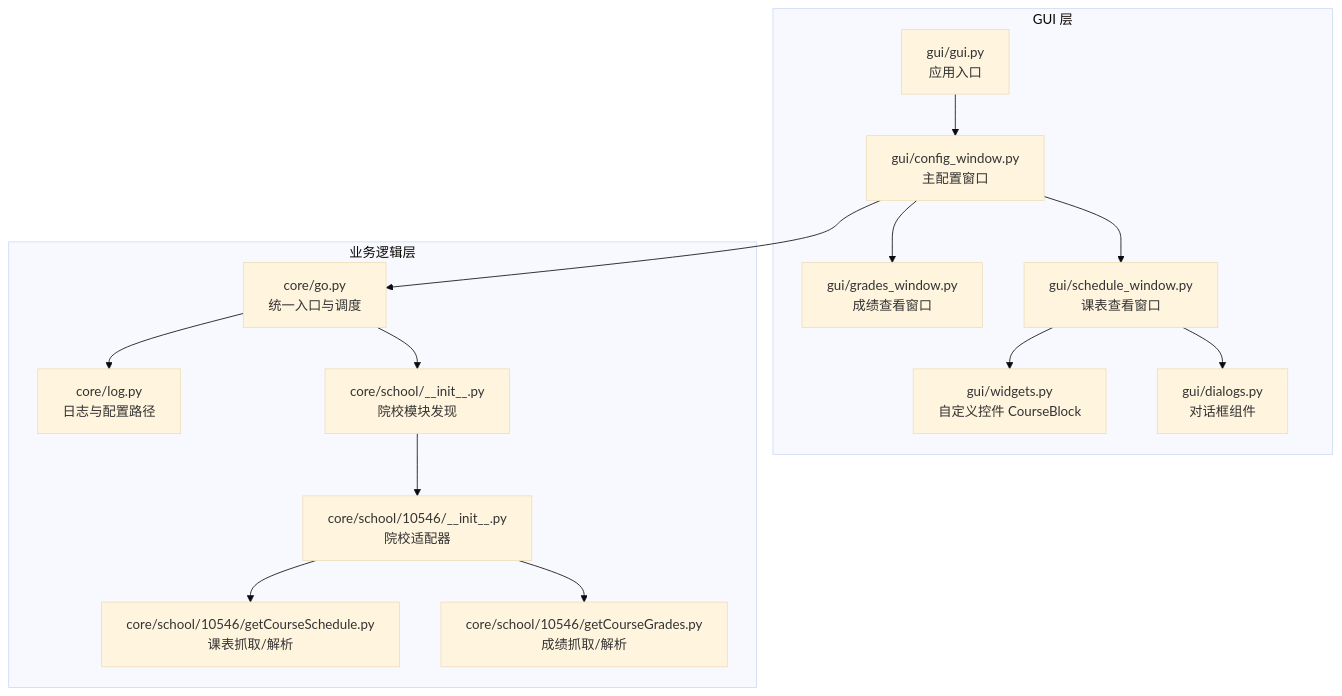
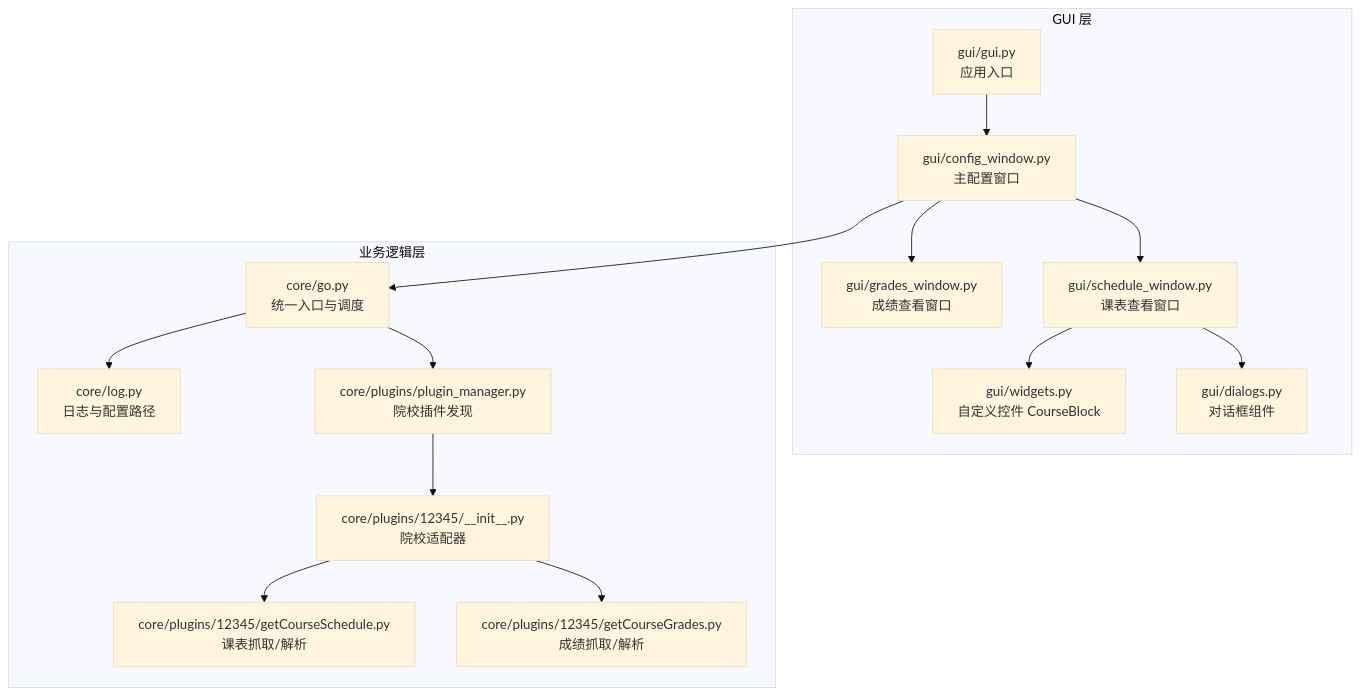
Before and after one commit to pjnt9372/Capture_Push: the first of 6 diagrams in .wiki/zh/content/图形用户界面/自定义控件与组件.md, drawn with Mermaid (base theme). The commit also changed other lines of this file and 37 other files, not shown here.

````diff
--- a/.wiki/zh/content/图形用户界面/自定义控件与组件.md
+++ b/.wiki/zh/content/图形用户界面/自定义控件与组件.md
@@ -42,30 +42,30 @@
 ```mermaid
 graph TB
 subgraph "GUI 层"
 A["gui/gui.py<br/>应用入口"]
 B["gui/config_window.py<br/>主配置窗口"]
 C["gui/grades_window.py<br/>成绩查看窗口"]
 D["gui/schedule_window.py<br/>课表查看窗口"]
 E["gui/widgets.py<br/>自定义控件 CourseBlock"]
 F["gui/dialogs.py<br/>对话框组件"]
 end
 subgraph "业务逻辑层"
 G["core/go.py<br/>统一入口与调度"]
 H["core/log.py<br/>日志与配置路径"]
-I["core/school/__init__.py<br/>院校模块发现"]
-J["core/school/10546/__init__.py<br/>院校适配器"]
-K["core/school/10546/getCourseSchedule.py<br/>课表抓取/解析"]
-L["core/school/10546/getCourseGrades.py<br/>成绩抓取/解析"]
+I["core/plugins/plugin_manager.py<br/>院校插件发现"]
+J["core/plugins/12345/__init__.py<br/>院校适配器"]
+K["core/plugins/12345/getCourseSchedule.py<br/>课表抓取/解析"]
+L["core/plugins/12345/getCourseGrades.py<br/>成绩抓取/解析"]
 end
 A --> B
 B --> C
 B --> D
 D --> E
 D --> F
 B --> G
 G --> H
 G --> I
 I --> J
 J --> K
 J --> L
 ```
````
